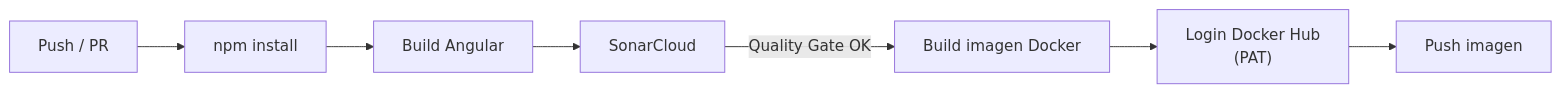
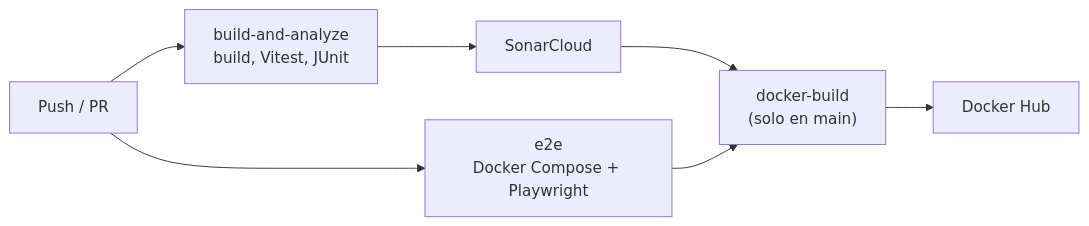
One commit to juanparejog/BarHub2.0 changed the third of 4 diagrams in docs/infraestructura.md. Above: the diagram before and after it, drawn with Mermaid. The commit also changed other lines of this file and 18 other files, not shown here.

````diff
--- a/docs/infraestructura.md
+++ b/docs/infraestructura.md
@@ -420,9 +420,9 @@
 ```mermaid
 flowchart LR
-    A[Push / PR] --> B[npm install]
-    B --> C[Build Angular]
-    C --> D[SonarCloud]
-    D -- "Quality Gate OK" --> E[Build imagen Docker]
-    E --> F["Login Docker Hub<br/>(PAT)"]
-    F --> G[Push imagen]
+    A[Push / PR] --> B["build-and-analyze<br/>build, Vitest, JUnit"]
+    B --> C[SonarCloud]
+    A --> D["e2e<br/>Docker Compose + Playwright"]
+    C --> E["docker-build<br/>(solo en main)"]
+    D --> E
+    E --> F[Docker Hub]
 ```
````
